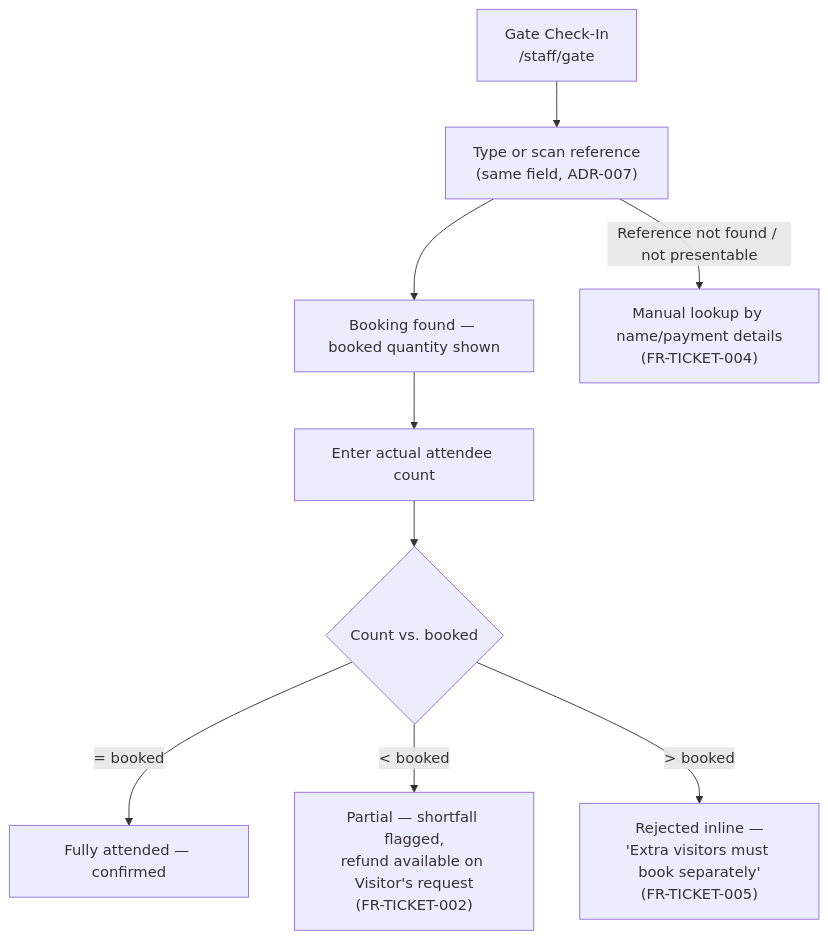
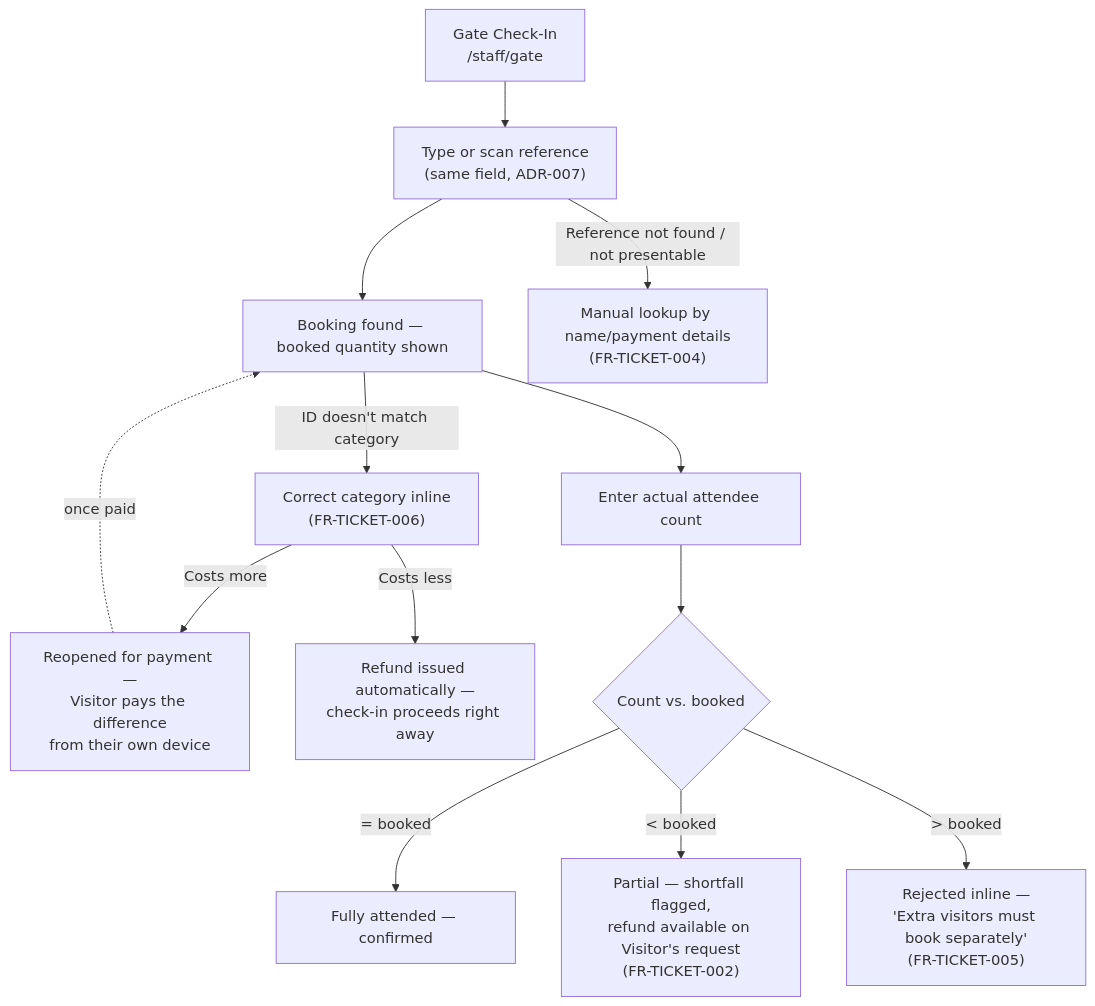
The fifth of 6 diagrams in docs/06-ui-ux-specification.md (TsegayIS122123/museum-ticketing-system), drawn with Mermaid before and after one commit. The commit also changed other lines of this file and 28 other files, not shown here.

````diff
--- a/docs/06-ui-ux-specification.md
+++ b/docs/06-ui-ux-specification.md
@@ -263,11 +267,15 @@
 ```mermaid
 flowchart TD
     A["Gate Check-In\n/staff/gate"] --> B["Type or scan reference\n(same field, ADR-007)"]
     B --> C["Booking found — booked quantity shown"]
+    C -->|"ID doesn't match category"| J["Correct category inline\n(FR-TICKET-006)"]
+    J -->|"Costs more"| K["Reopened for payment —\nVisitor pays the difference\nfrom their own device"]
+    J -->|"Costs less"| L["Refund issued automatically —\ncheck-in proceeds right away"]
+    K -.->|"once paid"| C
     C --> D["Enter actual attendee count"]
     D --> E{"Count vs. booked"}
     E -->|"= booked"| F["Fully attended — confirmed"]
     E -->|"< booked"| G["Partial — shortfall flagged,\nrefund available on Visitor's request\n(FR-TICKET-002)"]
     E -->|"> booked"| H["Rejected inline —\n'Extra visitors must book separately'\n(FR-TICKET-005)"]
     B -->|"Reference not found / not presentable"| I["Manual lookup by name/payment details\n(FR-TICKET-004)"]
 ```
````
